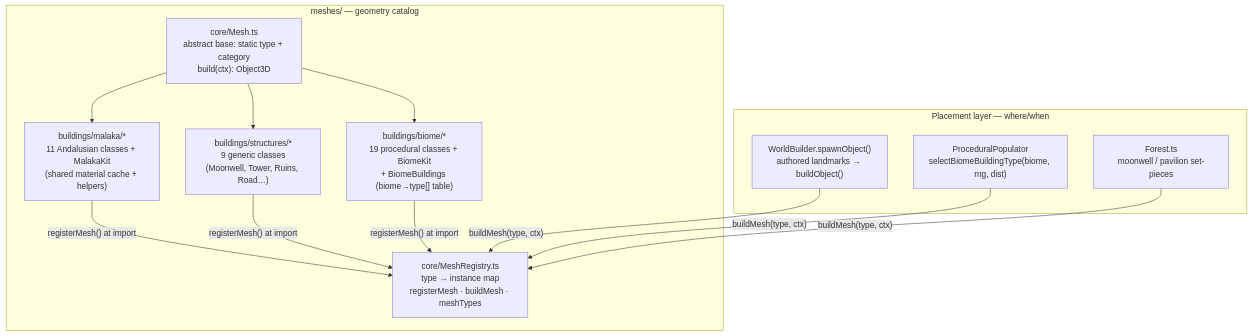
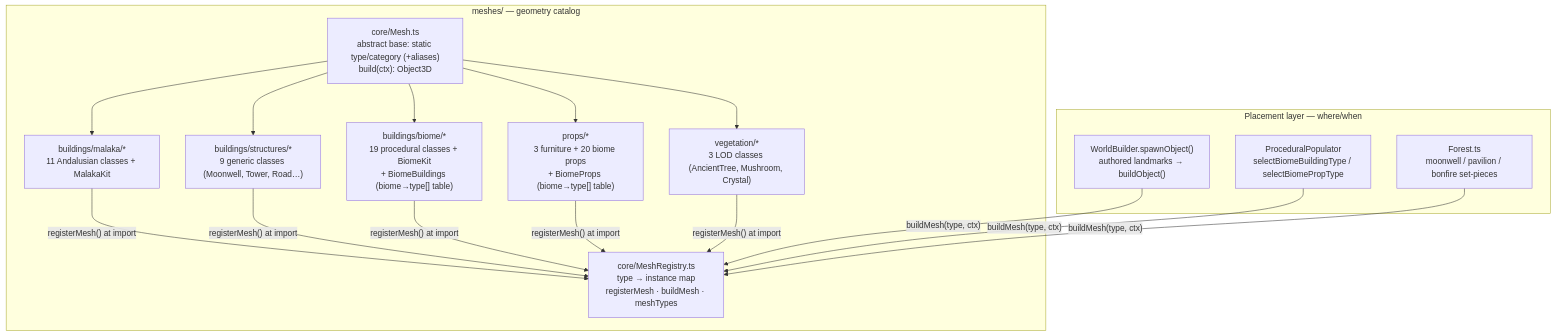
One commit to Zaexv/world-of-prompcraft changed the fifth of 9 diagrams in client/ARCHITECTURE.md. Above: the diagram before and after it, drawn with Mermaid. The commit also changed other lines of this file and 41 other files, not shown here.

````diff
--- a/client/ARCHITECTURE.md
+++ b/client/ARCHITECTURE.md
@@ -165,22 +166,24 @@
 ```mermaid
 flowchart TD
     subgraph Catalog["meshes/ — geometry catalog"]
-        BASE["core/Mesh.ts\nabstract base: static type + category\nbuild(ctx): Object3D"]
+        BASE["core/Mesh.ts\nabstract base: static type/category (+aliases)\nbuild(ctx): Object3D"]
         REG["core/MeshRegistry.ts\ntype → instance map\nregisterMesh · buildMesh · meshTypes"]
-        MAL["buildings/malaka/*\n11 Andalusian classes + MalakaKit\n(shared material cache + helpers)"]
-        STR["buildings/structures/*\n9 generic classes\n(Moonwell, Tower, Ruins, Road…)"]
+        MAL["buildings/malaka/*\n11 Andalusian classes + MalakaKit"]
+        STR["buildings/structures/*\n9 generic classes (Moonwell, Tower, Road…)"]
         BIO["buildings/biome/*\n19 procedural classes + BiomeKit\n+ BiomeBuildings (biome→type[] table)"]
+        PROP["props/*\n3 furniture + 20 biome props\n+ BiomeProps (biome→type[] table)"]
+        VEG["vegetation/*\n3 LOD classes (AncientTree, Mushroom, Crystal)"]
     end
 
     subgraph Placement["Placement layer — where/when"]
         WB["WorldBuilder.spawnObject()\nauthored landmarks → buildObject()"]
-        PP["ProceduralPopulator\nselectBiomeBuildingType(biome, rng, dist)"]
-        FO["Forest.ts\nmoonwell / pavilion set-pieces"]
+        PP["ProceduralPopulator\nselectBiomeBuildingType / selectBiomePropType"]
+        FO["Forest.ts\nmoonwell / pavilion / bonfire set-pieces"]
     end
 
-    MAL & STR & BIO -->|"registerMesh() at import"| REG
-    BASE --> MAL & STR & BIO
+    MAL & STR & BIO & PROP & VEG -->|"registerMesh() at import"| REG
+    BASE --> MAL & STR & BIO & PROP & VEG
     WB -->|"buildMesh(type, ctx)"| REG
     PP -->|"buildMesh(type, ctx)"| REG
     FO -->|"buildMesh(type, ctx)"| REG
 ```
````
